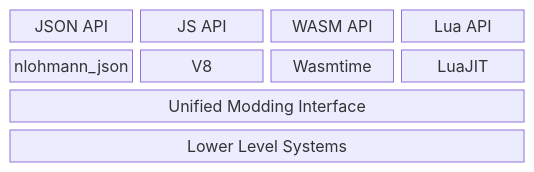
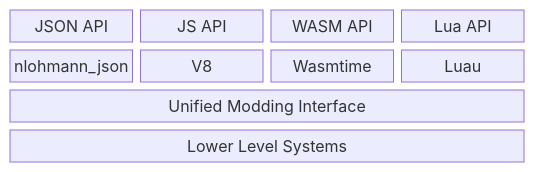
The diagram in docs/pack/overview.mdx (cherryridge/docs), drawn with Mermaid before and after one commit. The commit also changed other lines of this file and 35 other files, not shown here.

````diff
--- a/docs/pack/overview.mdx
+++ b/docs/pack/overview.mdx
@@ -25,8 +25,8 @@
 ```mermaid
 block-beta
     columns 4
     A["JSON API"] B["JS API"] C["WASM API"] D["Lua API"]
-    nlohmann_json V8 Wasmtime LuaJIT
+    nlohmann_json V8 Wasmtime Luau
     E["Unified Modding Interface"]:4
     F["Lower Level Systems"]:4
 ```
````
